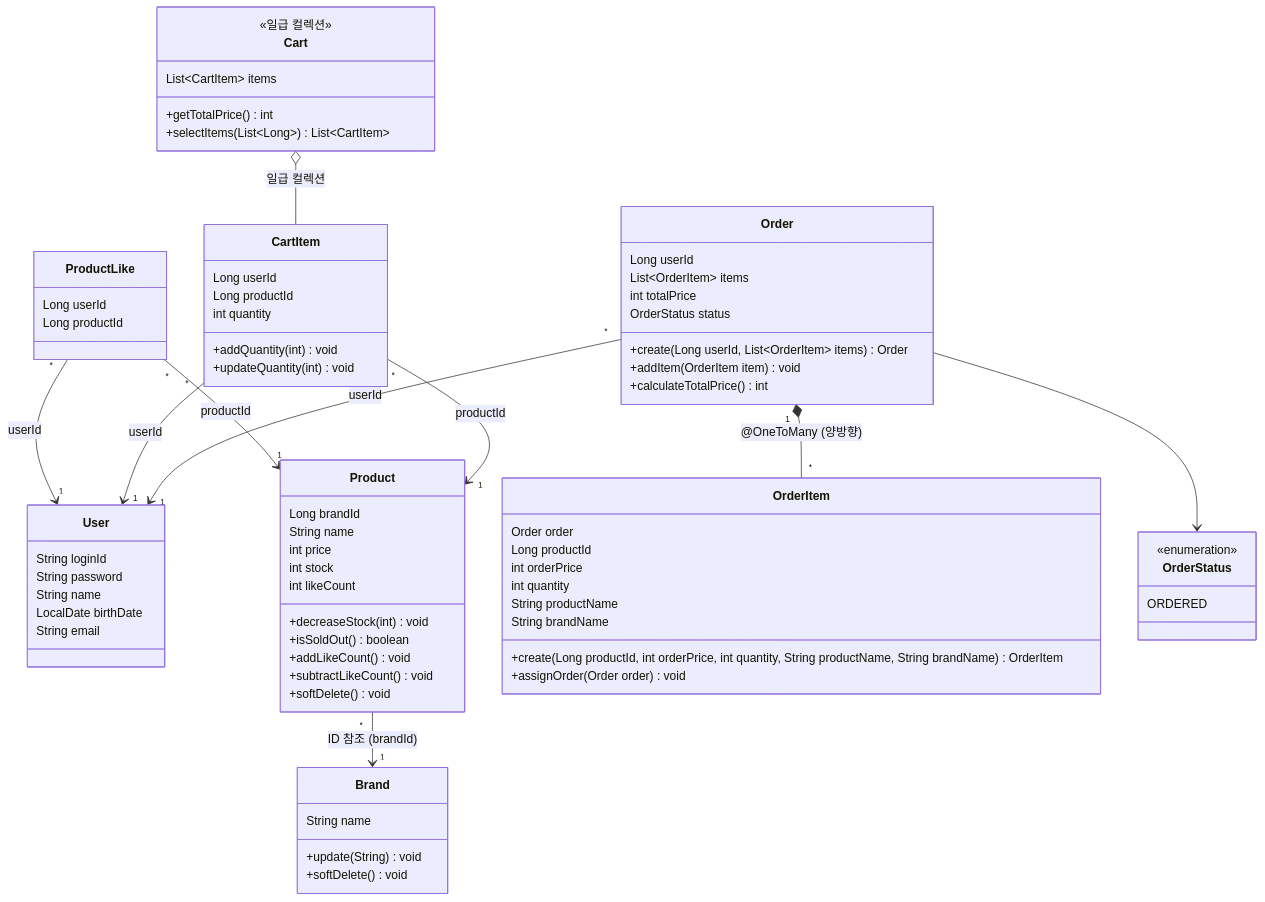
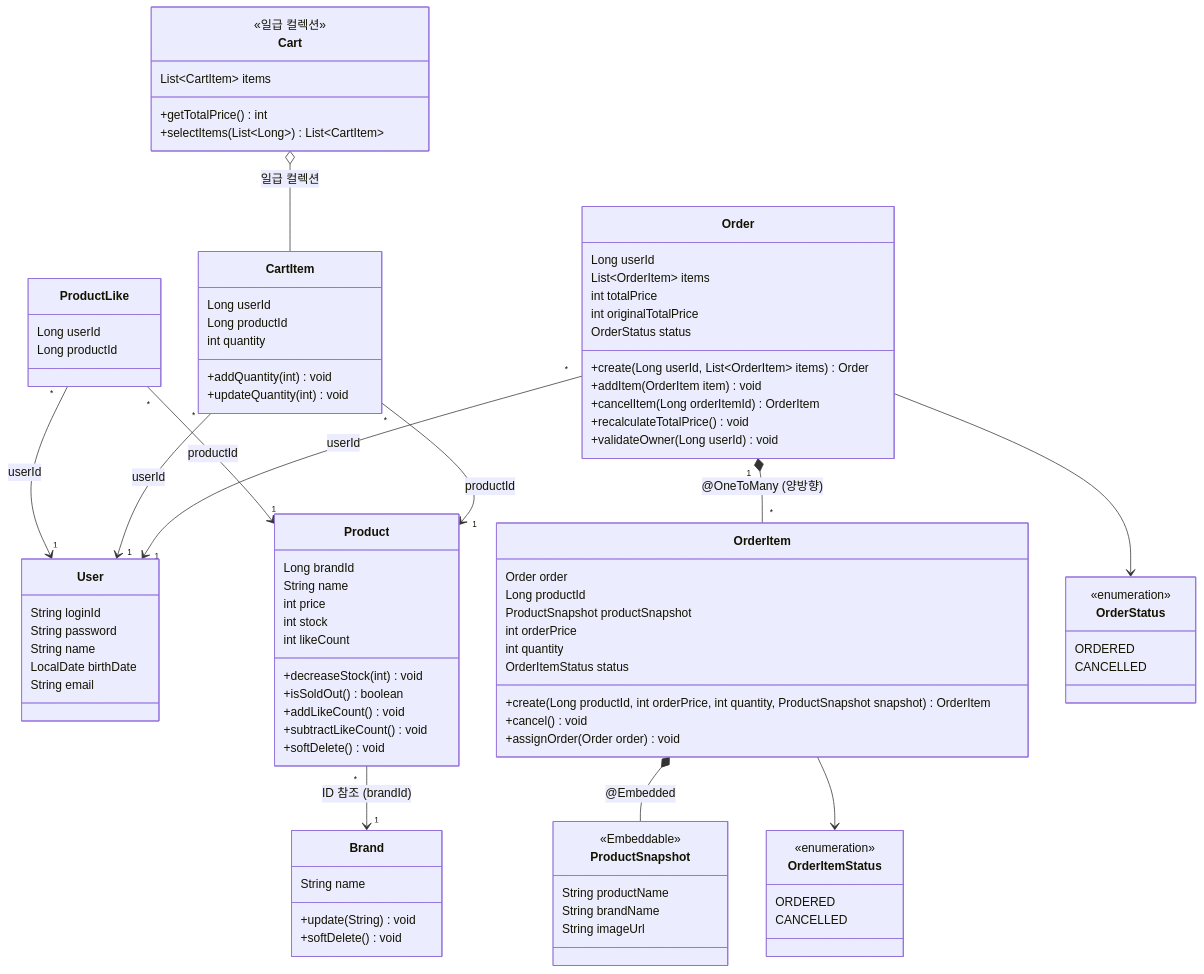
The second of 2 diagrams in docs/design/_shared/OVERVIEW.md (plan11plan/loop-pack-be-l2-vol3-java), drawn with Mermaid before and after one commit. The commit also changed other lines of this file and 2 other files, not shown here.

Commit message:
docs: 주문 아이템 취소 설계 문서 업데이트

````diff
--- a/docs/design/_shared/OVERVIEW.md
+++ b/docs/design/_shared/OVERVIEW.md
@@ -148,26 +150,44 @@
         Long userId
         List~OrderItem~ items
         int totalPrice
+        int originalTotalPrice
         OrderStatus status
         +create(Long userId, List~OrderItem~ items) Order
         +addItem(OrderItem item) void
-        +calculateTotalPrice() int
+        +cancelItem(Long orderItemId) OrderItem
+        +recalculateTotalPrice() void
+        +validateOwner(Long userId) void
     }
 
     class OrderItem {
         Order order
         Long productId
+        ProductSnapshot productSnapshot
         int orderPrice
         int quantity
+        OrderItemStatus status
+        +create(Long productId, int orderPrice, int quantity, ProductSnapshot snapshot) OrderItem
+        +cancel() void
+        +assignOrder(Order order) void
+    }
+
+    class ProductSnapshot {
+        <<Embeddable>>
         String productName
         String brandName
-        +create(Long productId, int orderPrice, int quantity, String productName, String brandName) OrderItem
-        +assignOrder(Order order) void
+        String imageUrl
     }
 
     class OrderStatus {
         <<enumeration>>
         ORDERED
+        CANCELLED
+    }
+
+    class OrderItemStatus {
+        <<enumeration>>
+        ORDERED
+        CANCELLED
     }
 
     Product "*" --> "1" Brand : ID 참조 (brandId)
@@ -179,4 +199,6 @@
     Order "*" --> "1" User : userId
     Order "1" *-- "*" OrderItem : @OneToMany (양방향)
     Order --> OrderStatus
+    OrderItem *-- ProductSnapshot : @Embedded
+    OrderItem --> OrderItemStatus
 ```
````
